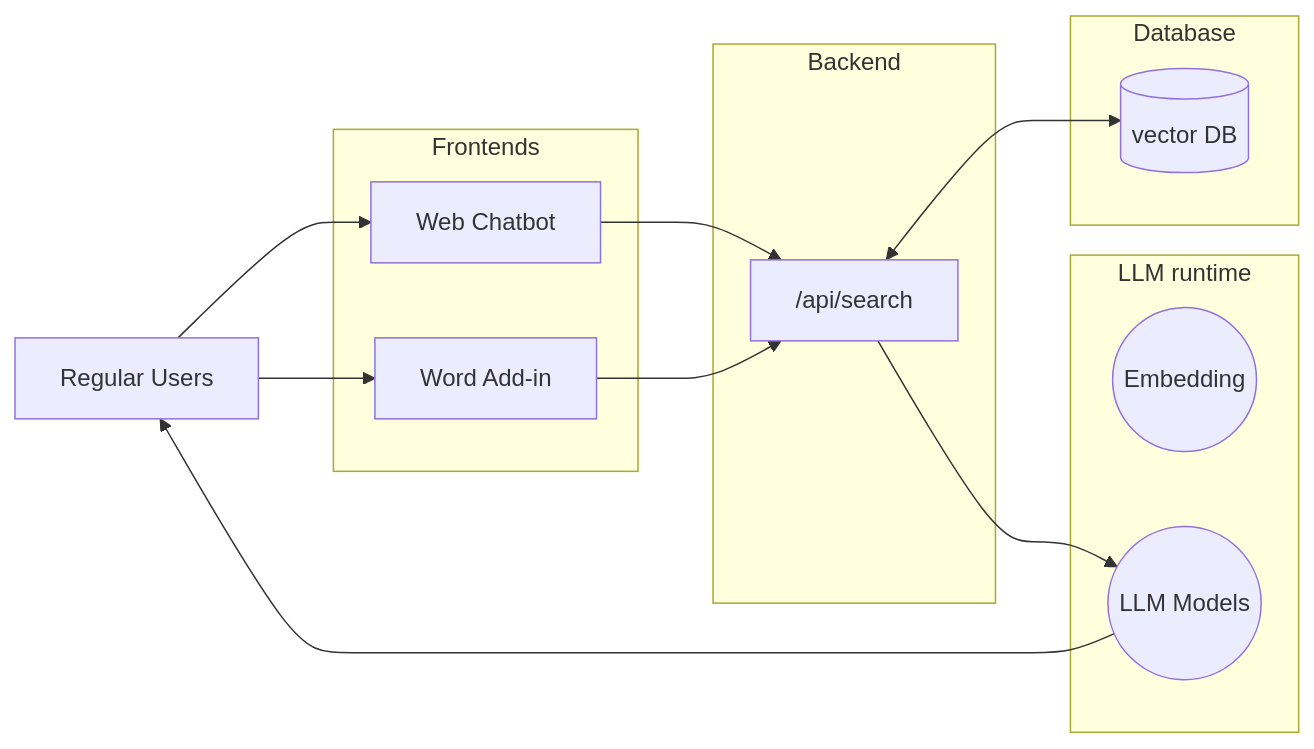
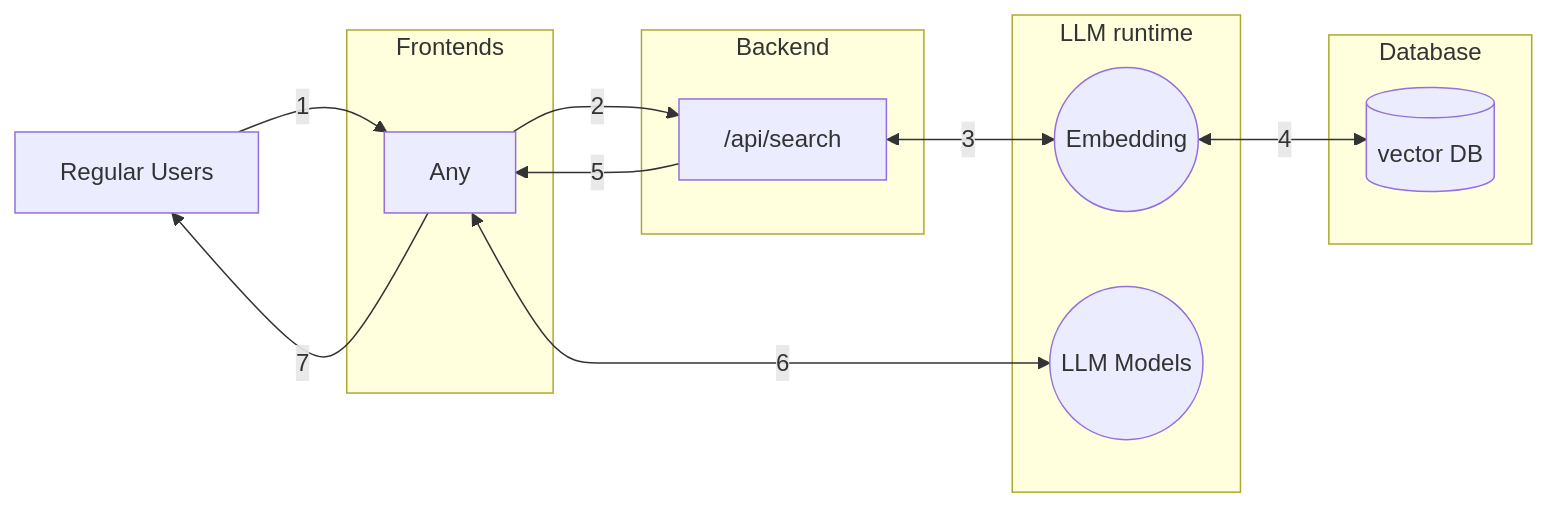
Before and after one commit to beezy-dev/abacc-rag: the second of 2 diagrams in DOCS/README.md, drawn with Mermaid. The commit also changed other lines of this file, not shown here.

````diff
--- a/DOCS/README.md
+++ b/DOCS/README.md
@@ -74,26 +74,26 @@
 ```mermaid
 flowchart LR
     A[Regular Users]
 
     subgraph Frontends
-        B[Web Chatbot]
-        J[Word Add-in]
+        H[Any]
     end
 
     subgraph Backend
-        E["/api/search"]
+        D["/api/search"]
+    end
+
+    subgraph LLM runtime
+        E((Embedding))
+        F((LLM Models))
     end
 
     subgraph Database 
-        D[(vector DB)]
-    end
-
-    subgraph LLM runtime
-        F((Embedding))
-        G((LLM Models))
+        G[(vector DB)]
     end
 
     %% Prompting
-    A --> B & J --> E <--> D
-    E --> G --> A
+    A -- 1 --> H -- 2 --> D <-- 3 --> E <-- 4 --> G
+    D -- 5 --> H <-- 6 --> F
+    H -- 7 --> A
 ```
````
